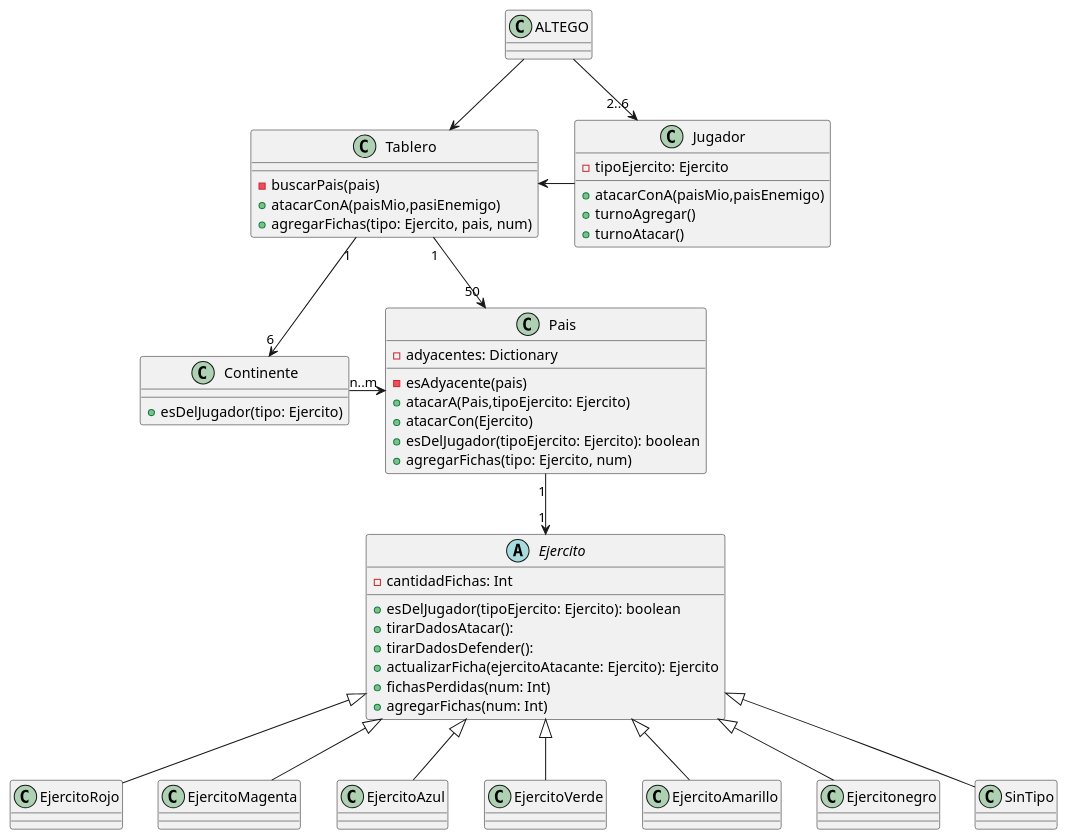
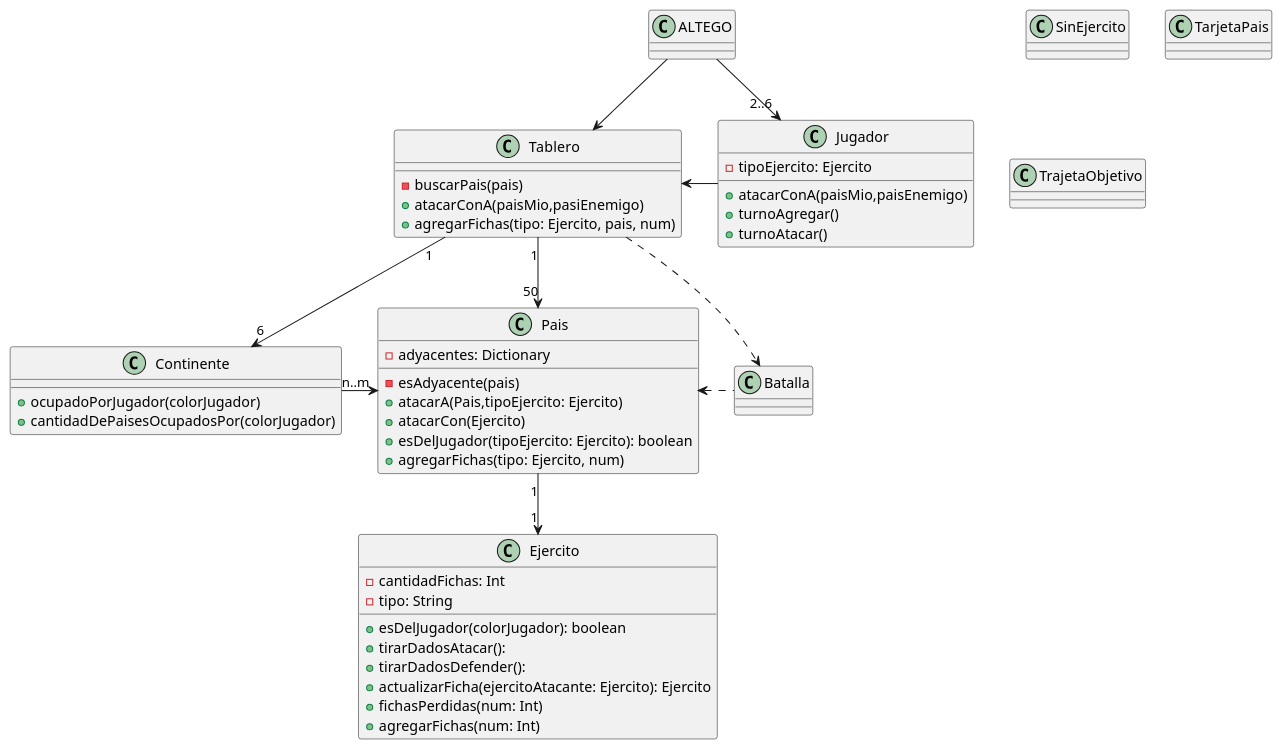
Before and after one commit to mpata2000/Algo3-TP2-TEG: the diagram in docs/Diagramas/Codigo/diagrama_de_clase_inicial.puml, drawn with PlantUML. The commit also changed 1 other file, not shown here.

Commit message:
Actualizo codigo diagrama de clases y secuencia de ataque

```diff
--- a/docs/Diagramas/Codigo/diagrama_de_clase_inicial.puml
+++ b/docs/Diagramas/Codigo/diagrama_de_clase_inicial.puml
@@ -1,59 +1,67 @@
-@startuml ModeloInicial
+@startuml ModeloInicial-V0.3
 
 Class ALTEGO{
 
 }
 
 Class Tablero{
     -buscarPais(pais)
     +atacarConA(paisMio,pasiEnemigo)
     +agregarFichas(tipo: Ejercito, pais, num)
 }
 
 Class Continente{
-    +esDelJugador(tipo: Ejercito)
+    +ocupadoPorJugador(colorJugador)
+    +cantidadDePaisesOcupadosPor(colorJugador)
 }
 
 Class Jugador{
     -tipoEjercito: Ejercito
     +atacarConA(paisMio,paisEnemigo)
     +turnoAgregar()
     +turnoAtacar()
 }
 
 Class Pais{
     -adyacentes: Dictionary
     -esAdyacente(pais)
     +atacarA(Pais,tipoEjercito: Ejercito)
     +atacarCon(Ejercito)
     +esDelJugador(tipoEjercito: Ejercito): boolean
     +agregarFichas(tipo: Ejercito, num)
 }
 
-Abstract Class Ejercito{
+Class Ejercito{
     -cantidadFichas: Int
-    +esDelJugador(tipoEjercito: Ejercito): boolean
+    -tipo: String
+    +esDelJugador(colorJugador): boolean
     +tirarDadosAtacar():
     +tirarDadosDefender():
     +actualizarFicha(ejercitoAtacante: Ejercito): Ejercito
     +fichasPerdidas(num: Int)
     +agregarFichas(num: Int)
 }
 
+Class SinEjercito{
+
+}
+
+Class Batalla{
+
+}
+
+Class TarjetaPais{}
+
+Class TrajetaObjetivo{}
 
 ALTEGO --> Tablero
 ALTEGO --> "2..6"Jugador
 Jugador  -left-> Tablero
 Tablero "1"-->"50" Pais
 Tablero "1"-->"6" Continente
+Tablero ..> Batalla
+Batalla .left.> Pais
 Continente --right-->"n..m" Pais
 Pais "1"-->"1" Ejercito
-Ejercito <|-- EjercitoRojo
-Ejercito <|-- EjercitoMagenta
-Ejercito <|-- EjercitoAzul
-Ejercito <|-- EjercitoVerde
-Ejercito <|-- EjercitoAmarillo
-Ejercito <|-- Ejercitonegro
-Ejercito <|-- SinTipo
 
 @enduml
```
